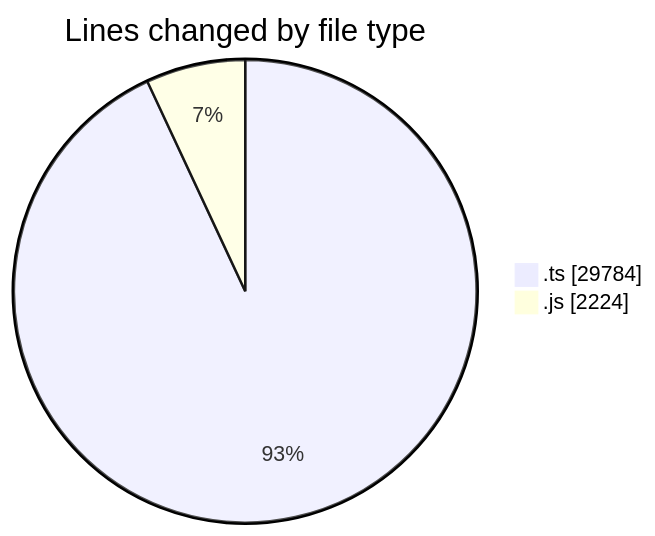
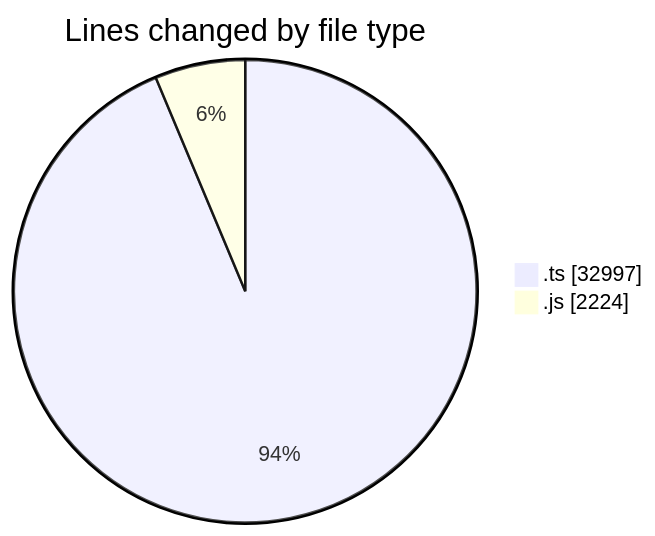
The first of 2 diagrams in 2025-06-26/cda/README.md (momahboobian/code-tracking), drawn with Mermaid before and after one commit. The commit also changed other lines of this file and 1 other file, not shown here.

````diff
--- a/2025-06-26/cda/README.md
+++ b/2025-06-26/cda/README.md
@@ -33,6 +35,6 @@
 ```mermaid
 pie showData
 title Lines changed by file type
-".ts" : 29784
+".ts" : 32997
 ".js" : 2224
 ```
````
